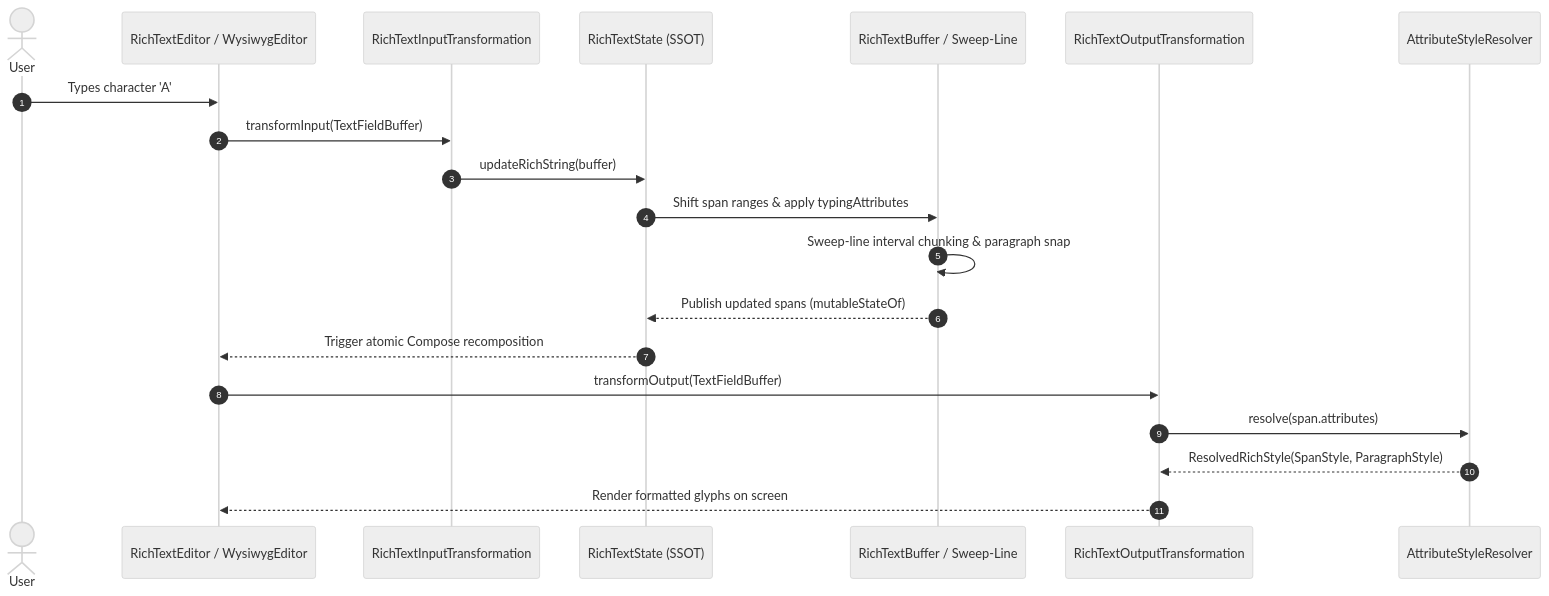
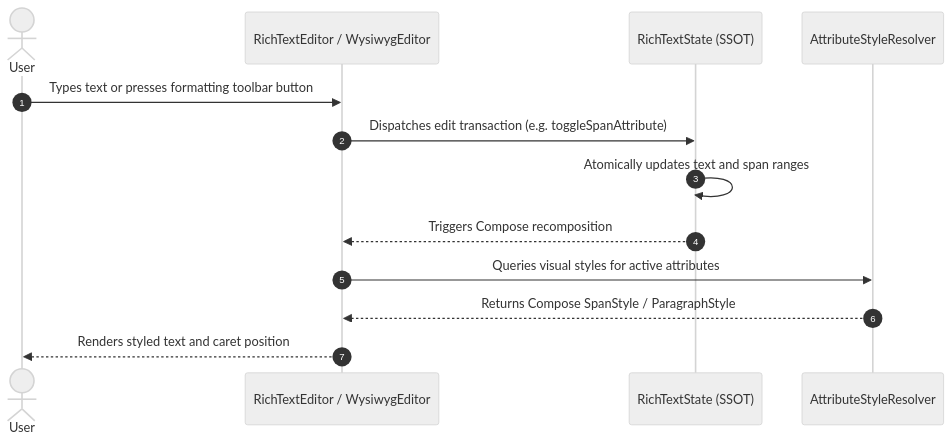
The second of 2 diagrams in docs/architecture/overview.md (mkeeda/arranger), drawn with Mermaid (neutral theme) before and after one commit. The commit also changed other lines of this file and 1 other file, not shown here.

Commit message:
docs(architecture): refocus architecture guides on conceptual model and library usage

````diff
--- a/docs/architecture/overview.md
+++ b/docs/architecture/overview.md
@@ -110,23 +104,16 @@
 ```mermaid
 sequenceDiagram
     autonumber
     actor User
     participant Editor as RichTextEditor / WysiwygEditor
-    participant InputTrans as RichTextInputTransformation
     participant State as RichTextState (SSOT)
-    participant Buffer as RichTextBuffer / Sweep-Line
-    participant OutputTrans as RichTextOutputTransformation
     participant Resolver as AttributeStyleResolver
 
-    User->>Editor: Types character 'A'
-    Editor->>InputTrans: transformInput(TextFieldBuffer)
-    InputTrans->>State: updateRichString(buffer)
-    State->>Buffer: Shift span ranges & apply typingAttributes
-    Buffer->>Buffer: Sweep-line interval chunking & paragraph snap
-    Buffer-->>State: Publish updated spans (mutableStateOf)
-    State-->>Editor: Trigger atomic Compose recomposition
-    Editor->>OutputTrans: transformOutput(TextFieldBuffer)
-    OutputTrans->>Resolver: resolve(span.attributes)
-    Resolver-->>OutputTrans: ResolvedRichStyle(SpanStyle, ParagraphStyle)
-    OutputTrans-->>Editor: Render formatted glyphs on screen
+    User->>Editor: Types text or presses formatting toolbar button
+    Editor->>State: Dispatches edit transaction (e.g. toggleSpanAttribute)
+    State->>State: Atomically updates text and span ranges
+    State-->>Editor: Triggers Compose recomposition
+    Editor->>Resolver: Queries visual styles for active attributes
+    Resolver-->>Editor: Returns Compose SpanStyle / ParagraphStyle
+    Editor-->>User: Renders styled text and caret position
 ```
````
